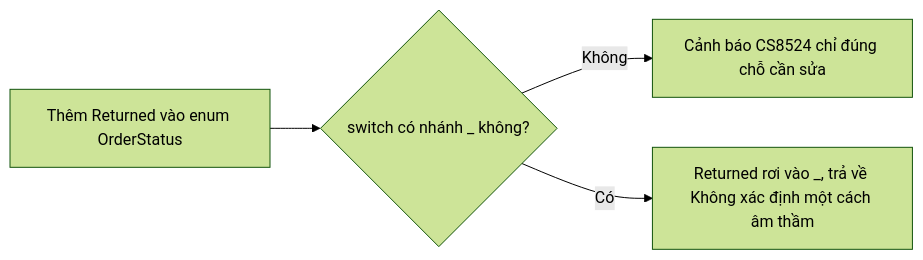
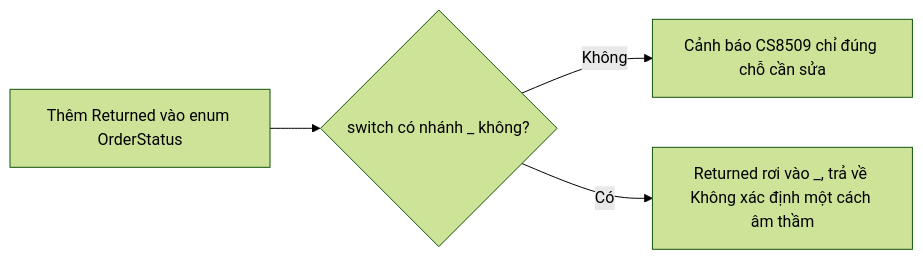
Before and after one commit to TienNHM/dotnet-course: the diagram in lessons/stage-02-csharp-professional/module-04-csharp-core/4.8-pattern-matching.md, drawn with Mermaid (forest theme). The commit also changed other lines of this file and 21 other files, not shown here.

First line of the commit message:
fix: sửa Module 4 theo báo cáo review, chỉnh thêm Module 7 sau kiểm tra

````diff
--- a/lessons/stage-02-csharp-professional/module-04-csharp-core/4.8-pattern-matching.md
+++ b/lessons/stage-02-csharp-professional/module-04-csharp-core/4.8-pattern-matching.md
@@ -121,6 +140,6 @@
 ```mermaid
 flowchart LR
     A["Thêm Returned vào enum OrderStatus"] --> B{"switch có nhánh _ không?"}
-    B -- "Không" --> C["Cảnh báo CS8524 chỉ đúng chỗ cần sửa"]
+    B -- "Không" --> C["Cảnh báo CS8509 chỉ đúng chỗ cần sửa"]
     B -- "Có" --> D["Returned rơi vào _, trả về Không xác định một cách âm thầm"]
 ```
````
